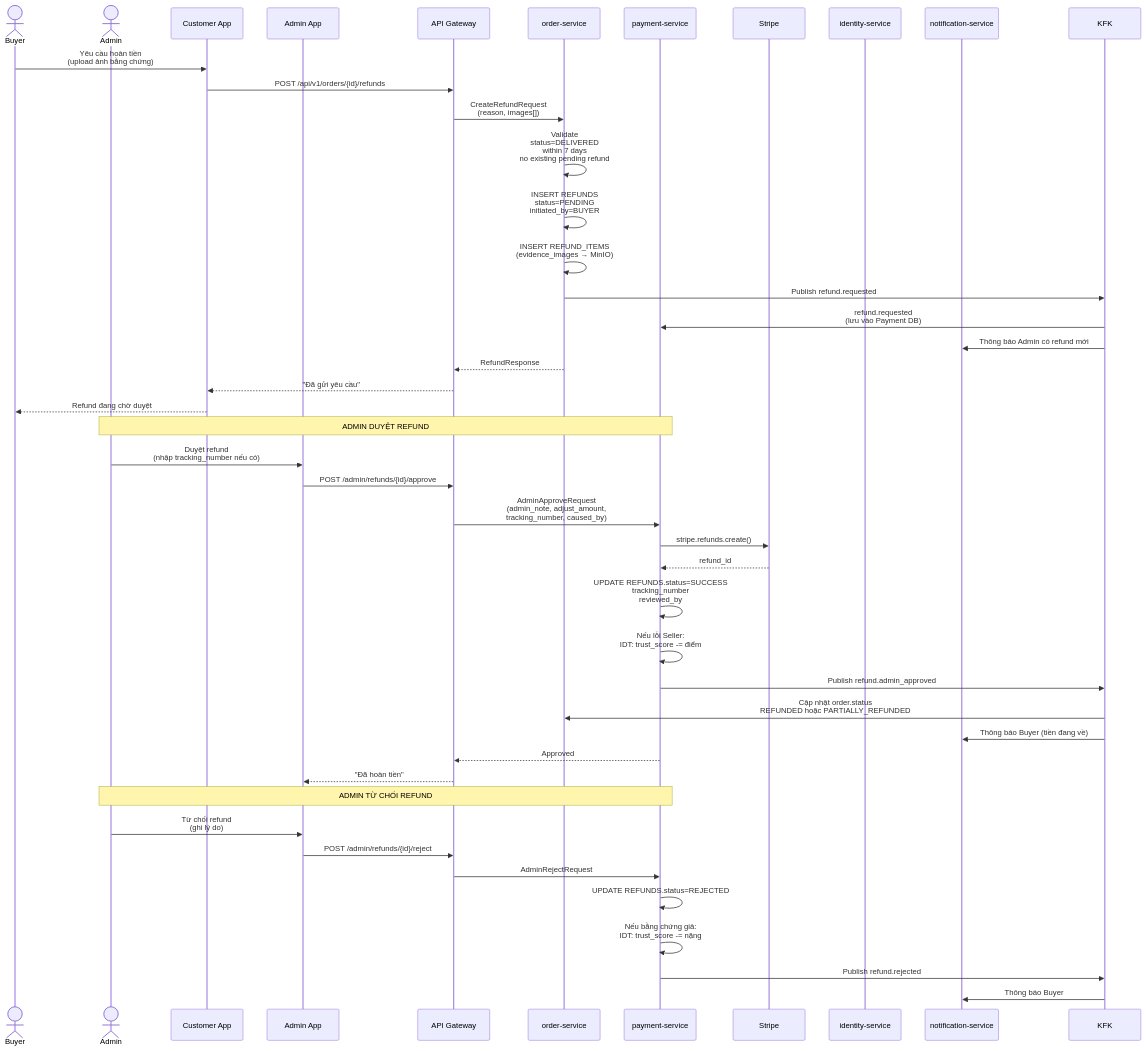
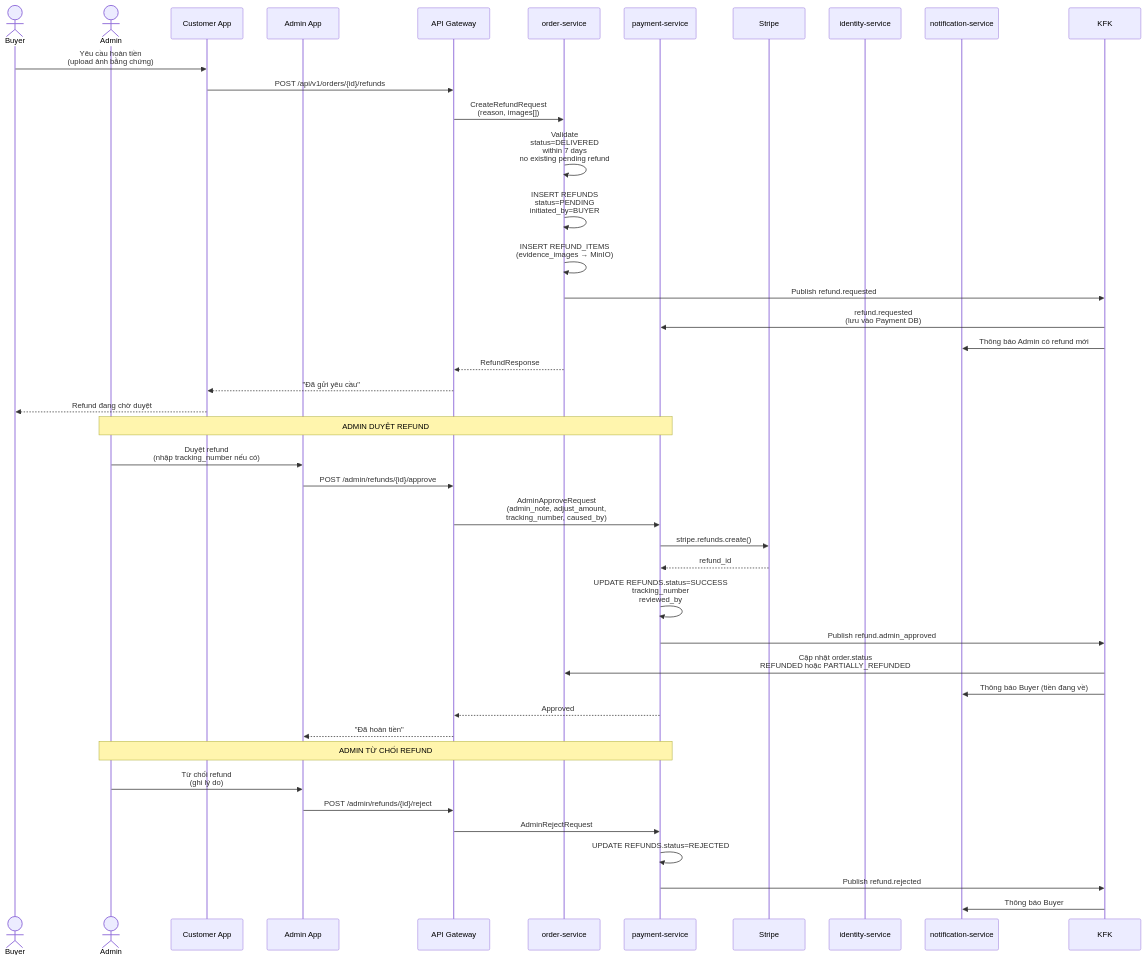
Diagram 13 of 18 in docs/07_BUSINESS_FLOWS.md (ldqanh1408/stealing-from-paradise), drawn with Mermaid before and after one commit. The commit also changed other lines of this file and 52 other files, not shown here.

Commit message:
refactor: remove Trust Score related entities and references from codebase

````diff
--- a/docs/07_BUSINESS_FLOWS.md
+++ b/docs/07_BUSINESS_FLOWS.md
@@ -479,49 +468,47 @@
 ```mermaid
 sequenceDiagram
     actor Buyer
     actor Admin
     participant FE_C as Customer App
     participant FE_A as Admin App
     participant GW as API Gateway
     participant ORD as order-service
     participant PAY as payment-service
     participant STR as Stripe
     participant IDT as identity-service
     participant NTF as notification-service
 
     Buyer->>FE_C: Yêu cầu hoàn tiền<br>(upload ảnh bằng chứng)
     FE_C->>GW: POST /api/v1/orders/{id}/refunds
     GW->>ORD: CreateRefundRequest<br>(reason, images[])
     ORD->>ORD: Validate<br>status=DELIVERED<br>within 7 days<br>no existing pending refund
     ORD->>ORD: INSERT REFUNDS<br>status=PENDING<br>initiated_by=BUYER
     ORD->>ORD: INSERT REFUND_ITEMS<br>(evidence_images → MinIO)
     ORD->>KFK: Publish refund.requested
     KFK->>PAY: refund.requested<br>(lưu vào Payment DB)
     KFK->>NTF: Thông báo Admin có refund mới
     ORD-->>GW: RefundResponse
     GW-->>FE_C: "Đã gửi yêu cầu"
     FE_C-->>Buyer: Refund đang chờ duyệt
 
     Note over Admin,PAY: ADMIN DUYỆT REFUND
     Admin->>FE_A: Duyệt refund<br>(nhập tracking_number nếu có)
     FE_A->>GW: POST /admin/refunds/{id}/approve
     GW->>PAY: AdminApproveRequest<br>(admin_note, adjust_amount,<br>tracking_number, caused_by)
     PAY->>STR: stripe.refunds.create()
     STR-->>PAY: refund_id
     PAY->>PAY: UPDATE REFUNDS.status=SUCCESS<br>tracking_number<br>reviewed_by
-    PAY->>PAY: Nếu lỗi Seller:<br>IDT: trust_score -= điểm
     PAY->>KFK: Publish refund.admin_approved
     KFK->>ORD: Cập nhật order.status<br>REFUNDED hoặc PARTIALLY_REFUNDED
     KFK->>NTF: Thông báo Buyer (tiền đang về)
     PAY-->>GW: Approved
     GW-->>FE_A: "Đã hoàn tiền"
 
     Note over Admin,PAY: ADMIN TỪ CHỐI REFUND
     Admin->>FE_A: Từ chối refund<br>(ghi lý do)
     FE_A->>GW: POST /admin/refunds/{id}/reject
     GW->>PAY: AdminRejectRequest
     PAY->>PAY: UPDATE REFUNDS.status=REJECTED
-    PAY->>PAY: Nếu bằng chứng giả:<br>IDT: trust_score -= nặng
     PAY->>KFK: Publish refund.rejected
     KFK->>NTF: Thông báo Buyer
 ```
````
